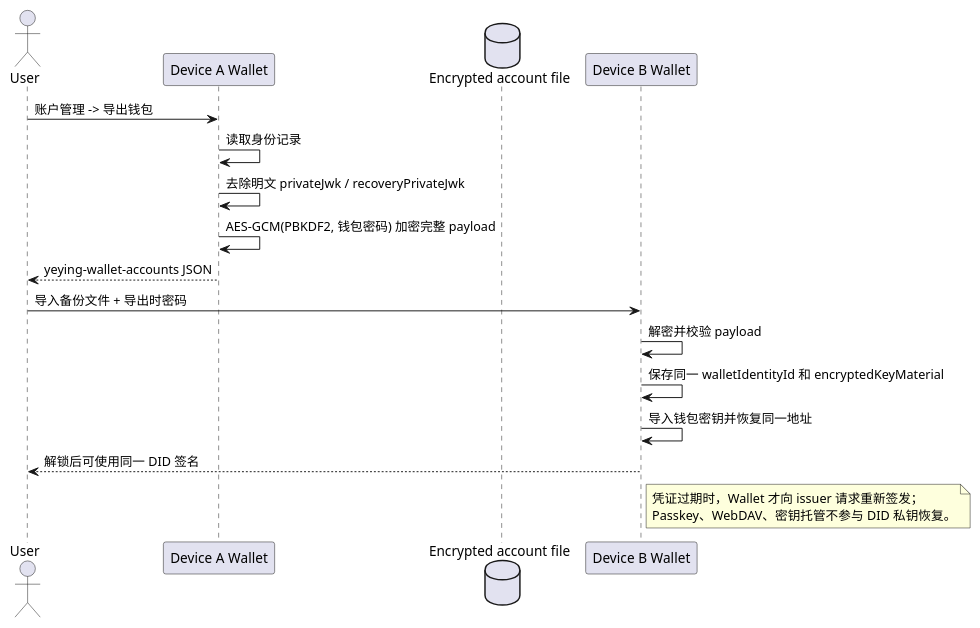
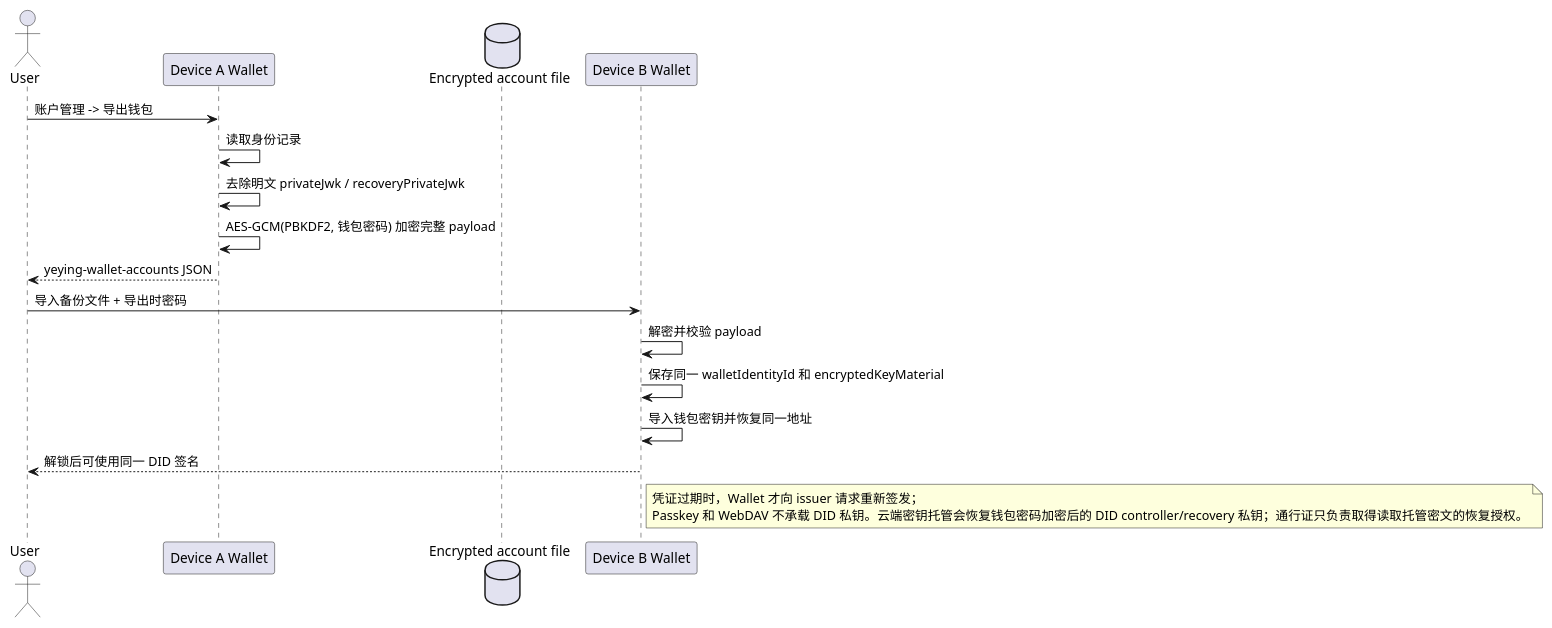
The third of 3 diagrams in docs/钱包安全/数据安全.md (yeying-community/wallet), drawn with PlantUML before and after one commit. The commit also changed 12 other files, not shown here.

````diff
--- a/docs/钱包安全/数据安全.md
+++ b/docs/钱包安全/数据安全.md
@@ -149,22 +149,22 @@
 ```plantuml
 @startuml wallet-identity-restore
 actor User
 participant "Device A Wallet" as Old
 database "Encrypted account file" as File
 participant "Device B Wallet" as New
 User -> Old : 账户管理 -> 导出钱包
 Old -> Old : 读取身份记录
 Old -> Old : 去除明文 privateJwk / recoveryPrivateJwk
 Old -> Old : AES-GCM(PBKDF2, 钱包密码) 加密完整 payload
 Old --> User : yeying-wallet-accounts JSON
 User -> New : 导入备份文件 + 导出时密码
 New -> New : 解密并校验 payload
 New -> New : 保存同一 walletIdentityId 和 encryptedKeyMaterial
 New -> New : 导入钱包密钥并恢复同一地址
 New --> User : 解锁后可使用同一 DID 签名
 note right of New
 凭证过期时，Wallet 才向 issuer 请求重新签发；
-Passkey、WebDAV、密钥托管不参与 DID 私钥恢复。
+Passkey 和 WebDAV 不承载 DID 私钥。云端密钥托管会恢复钱包密码加密后的 DID controller/recovery 私钥；通行证只负责取得读取托管密文的恢复授权。
 end note
 @enduml
 ```
````
